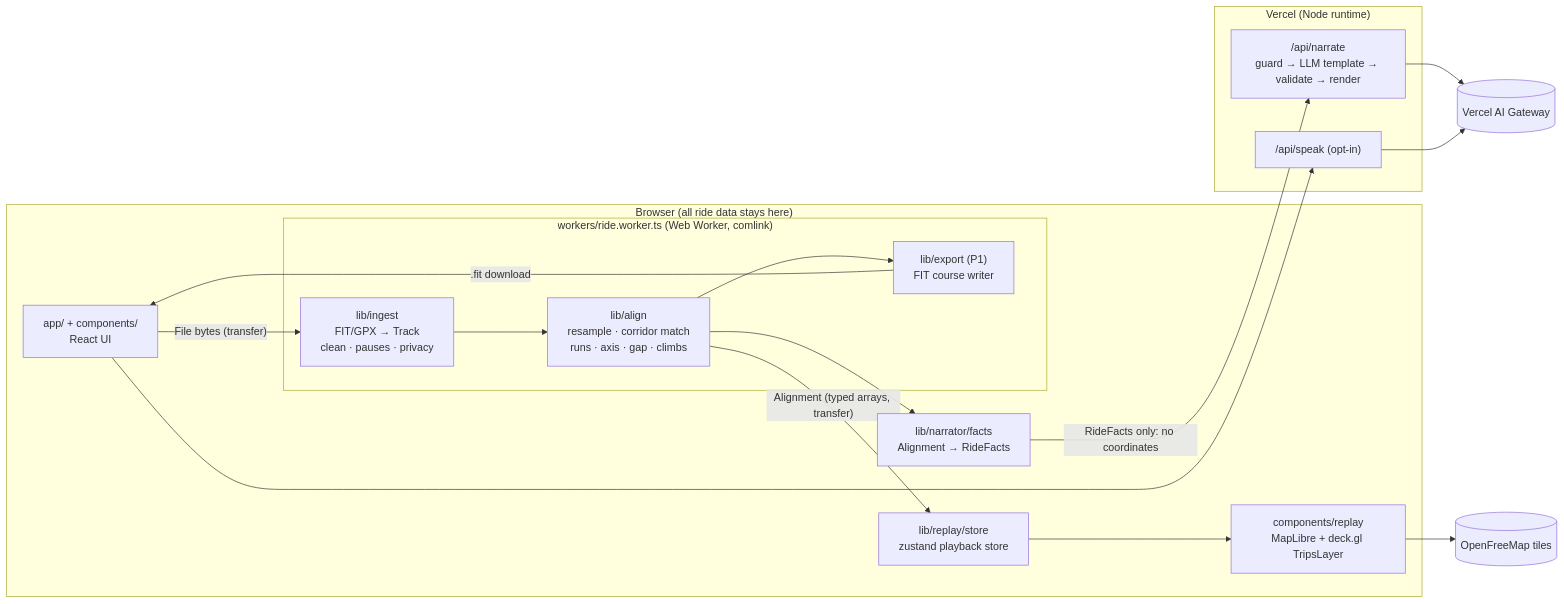
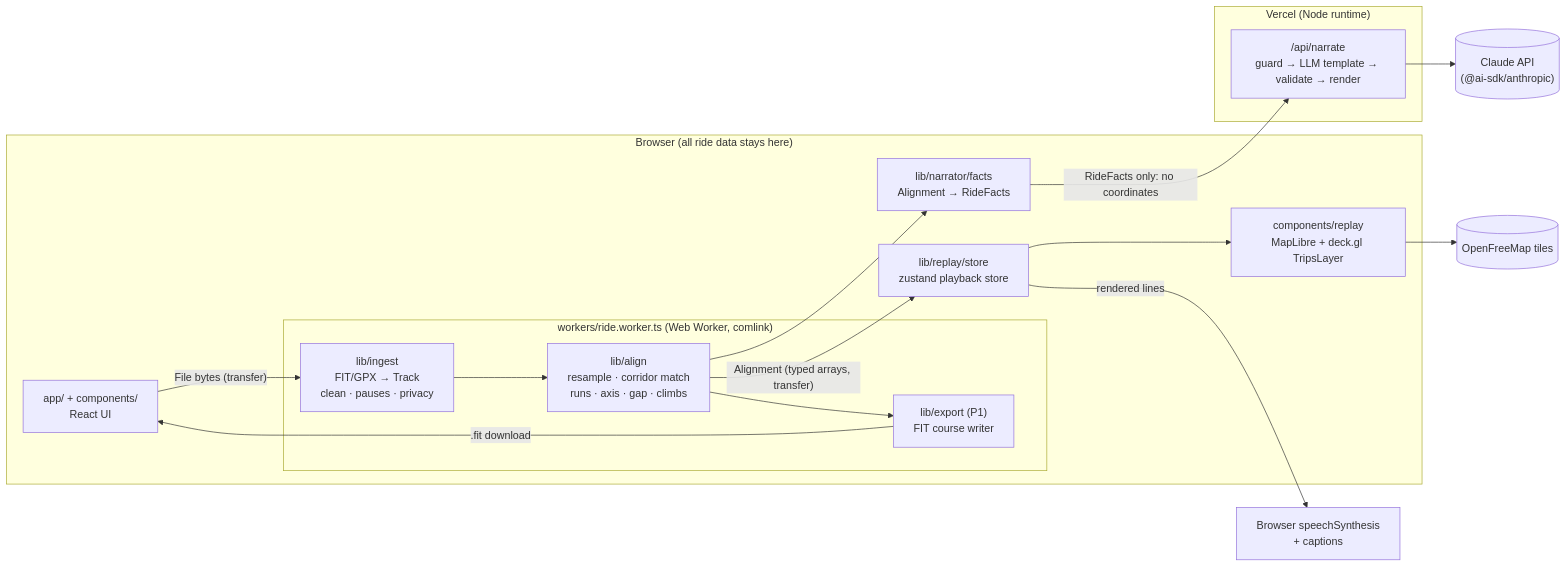
One commit to victory-c/clonerider changed the diagram in docs/ARCHITECTURE.md. Above: the diagram before and after it, drawn with Mermaid. The commit also changed other lines of this file and 16 other files, not shown here.

First line of the commit message:
chore(ai): use a Claude API key directly; drop Gateway and TTS

````diff
--- a/docs/ARCHITECTURE.md
+++ b/docs/ARCHITECTURE.md
@@ -7,28 +7,27 @@
 ```mermaid
 flowchart LR
   subgraph Browser["Browser (all ride data stays here)"]
     UI["app/ + components/<br/>React UI"]
     ST["lib/replay/store<br/>zustand playback store"]
     subgraph Worker["workers/ride.worker.ts (Web Worker, comlink)"]
       ING["lib/ingest<br/>FIT/GPX → Track<br/>clean · pauses · privacy"]
       ALN["lib/align<br/>resample · corridor match<br/>runs · axis · gap · climbs"]
       EXP["lib/export (P1)<br/>FIT course writer"]
     end
     FCT["lib/narrator/facts<br/>Alignment → RideFacts"]
     MAP["components/replay<br/>MapLibre + deck.gl TripsLayer"]
   end
   subgraph Vercel["Vercel (Node runtime)"]
     NAR["/api/narrate<br/>guard → LLM template → validate → render"]
-    SPK["/api/speak (opt-in)"]
   end
-  GW[("Vercel AI Gateway")]
+  GW[("Claude API<br/>(@ai-sdk/anthropic)")]
   TILES[("OpenFreeMap tiles")]
 
   UI -- "File bytes (transfer)" --> ING
   ING --> ALN --> FCT
   ALN -- "Alignment (typed arrays, transfer)" --> ST --> MAP
   FCT -- "RideFacts only: no coordinates" --> NAR --> GW
-  UI --> SPK --> GW
+  ST -- "rendered lines" --> VOX["Browser speechSynthesis<br/>+ captions"]
   MAP --> TILES
   ALN --> EXP -- ".fit download" --> UI
 ```
````
